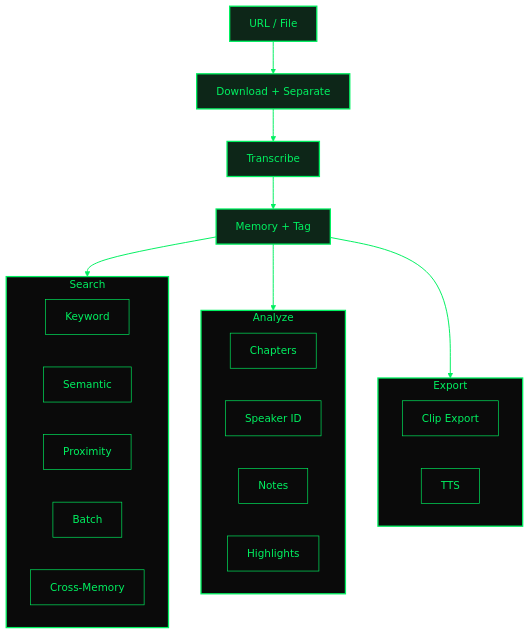
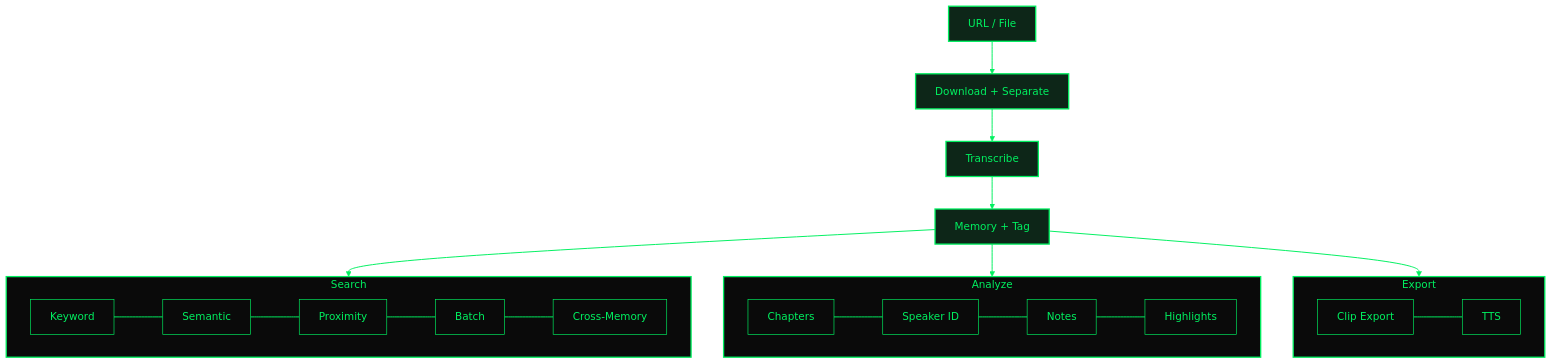
Before and after one commit to AugentDevs/augent: the diagram in README.md, drawn with Mermaid (forest theme).

Commit message:
force horizontal tool layout in subgraphs with invisible links

````diff
--- a/README.md
+++ b/README.md
@@ -95,56 +95,45 @@
 ```mermaid
 graph TB
     A["URL / File"] --> B["Download + Separate"]
     B --> C["Transcribe"]
     C --> D["Memory + Tag"]
 
     D --> Search
     D --> Analyze
     D --> Export
 
     subgraph Search
-        direction LR
-        E1["Keyword"]
-        E2["Semantic"]
-        E3["Proximity"]
-        E4["Batch"]
-        E5["Cross-Memory"]
+        E1["Keyword"] ~~~ E2["Semantic"] ~~~ E3["Proximity"] ~~~ E4["Batch"] ~~~ E5["Cross-Memory"]
     end
 
     subgraph Analyze
-        direction LR
-        F1["Chapters"]
-        F2["Speaker ID"]
-        F3["Notes"]
-        F4["Highlights"]
+        F1["Chapters"] ~~~ F2["Speaker ID"] ~~~ F3["Notes"] ~~~ F4["Highlights"]
     end
 
     subgraph Export
-        direction LR
-        G1["Clip Export"]
-        G2["TTS"]
+        G1["Clip Export"] ~~~ G2["TTS"]
     end
 
     style A fill:#0d2618,stroke:#00f060,color:#00f060,stroke-width:2px
     style B fill:#0d2618,stroke:#00f060,color:#00f060,stroke-width:2px
     style C fill:#0d2618,stroke:#00f060,color:#00f060,stroke-width:2px
     style D fill:#0d2618,stroke:#00f060,color:#00f060,stroke-width:2px
 
     style E1 fill:#0a0a0a,stroke:#00f060,color:#00f060
     style E2 fill:#0a0a0a,stroke:#00f060,color:#00f060
     style E3 fill:#0a0a0a,stroke:#00f060,color:#00f060
     style E4 fill:#0a0a0a,stroke:#00f060,color:#00f060
     style E5 fill:#0a0a0a,stroke:#00f060,color:#00f060
     style F1 fill:#0a0a0a,stroke:#00f060,color:#00f060
     style F2 fill:#0a0a0a,stroke:#00f060,color:#00f060
     style F3 fill:#0a0a0a,stroke:#00f060,color:#00f060
     style F4 fill:#0a0a0a,stroke:#00f060,color:#00f060
     style G1 fill:#0a0a0a,stroke:#00f060,color:#00f060
     style G2 fill:#0a0a0a,stroke:#00f060,color:#00f060
 
     style Search fill:#0a0a0a,stroke:#00f060,color:#00f060,stroke-width:2px
     style Analyze fill:#0a0a0a,stroke:#00f060,color:#00f060,stroke-width:2px
     style Export fill:#0a0a0a,stroke:#00f060,color:#00f060,stroke-width:2px
 
     linkStyle default stroke:#00f060,stroke-width:1.5px
 ```
````
